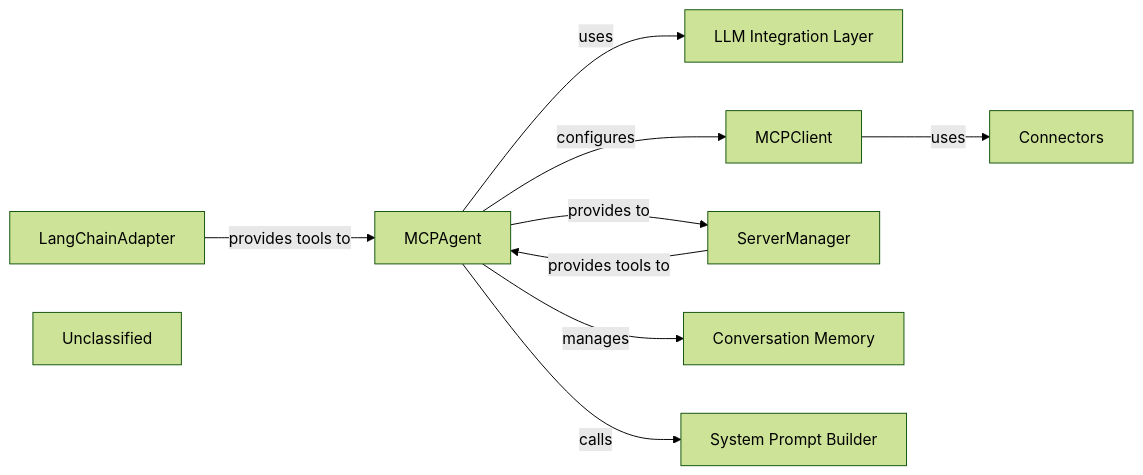
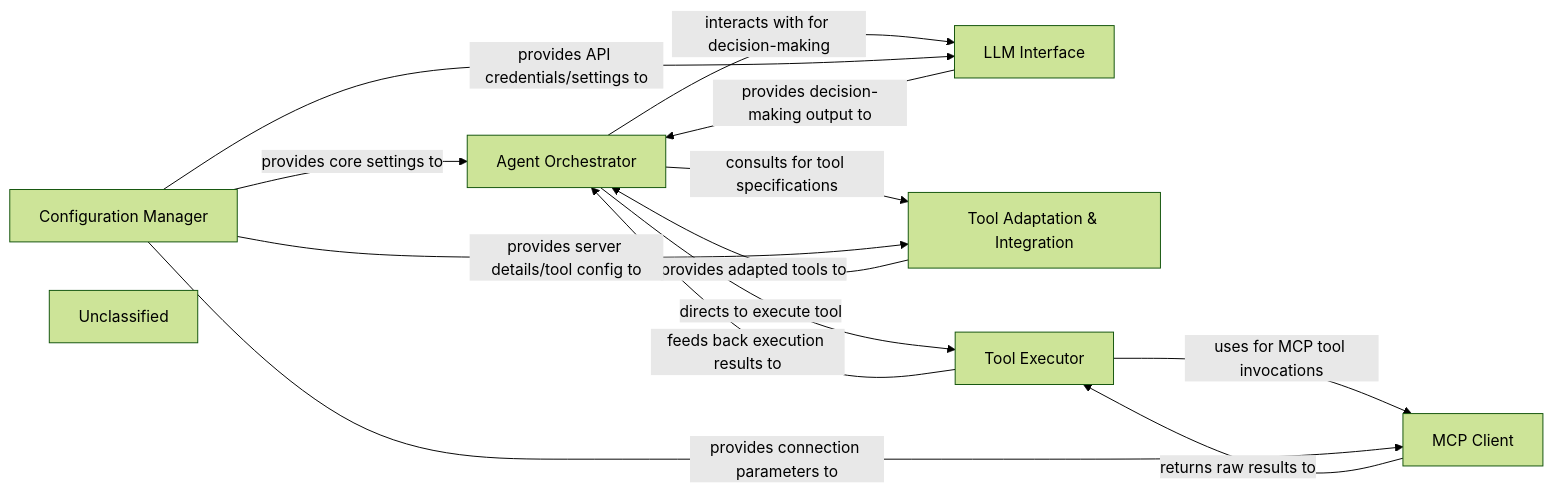
The first of 2 diagrams in docs/development/architecture.mdx (mcp-use/mcp-use), drawn with Mermaid (forest theme) before and after one commit. The commit also changed other lines of this file and 19 other files, not shown here.

First line of the commit message:
docs: update codeboarding documentation and generate architecture

````diff
--- a/docs/development/architecture.mdx
+++ b/docs/development/architecture.mdx
@@ -235,20 +4,23 @@
 ```mermaid
 graph LR
-    MCPAgent["MCPAgent"]
-    LLM_Integration_Layer["LLM Integration Layer"]
-    MCPClient["MCPClient"]
-    Connectors["Connectors"]
-    LangChainAdapter["LangChainAdapter"]
-    ServerManager["ServerManager"]
-    Conversation_Memory["Conversation Memory"]
-    System_Prompt_Builder["System Prompt Builder"]
+    Agent_Orchestrator["Agent Orchestrator"]
+    LLM_Interface["LLM Interface"]
+    Tool_Adaptation_Integration["Tool Adaptation & Integration"]
+    Tool_Executor["Tool Executor"]
+    MCP_Client["MCP Client"]
+    Configuration_Manager["Configuration Manager"]
     Unclassified["Unclassified"]
-    MCPAgent -- "uses" --> LLM_Integration_Layer
-    MCPAgent -- "configures" --> MCPClient
-    MCPAgent -- "provides to" --> ServerManager
-    MCPAgent -- "calls" --> System_Prompt_Builder
-    MCPAgent -- "manages" --> Conversation_Memory
-    MCPClient -- "uses" --> Connectors
-    LangChainAdapter -- "provides tools to" --> MCPAgent
-    ServerManager -- "provides tools to" --> MCPAgent
+    Agent_Orchestrator -- "interacts with for decision-making" --> LLM_Interface
+    LLM_Interface -- "provides decision-making output to" --> Agent_Orchestrator
+    Agent_Orchestrator -- "consults for tool specifications" --> Tool_Adaptation_Integration
+    Tool_Adaptation_Integration -- "provides adapted tools to" --> Agent_Orchestrator
+    Agent_Orchestrator -- "directs to execute tool" --> Tool_Executor
+    Tool_Executor -- "uses for MCP tool invocations" --> MCP_Client
+    Tool_Executor -- "feeds back execution results to" --> Agent_Orchestrator
+    Configuration_Manager -- "provides core settings to" --> Agent_Orchestrator
+    Configuration_Manager -- "provides API credentials/settings to" --> LLM_Interface
+    Configuration_Manager -- "provides server details/tool config to" --> Tool_Adaptation_Integration
+    Configuration_Manager -- "provides connection parameters to" --> MCP_Client
+    MCP_Client -- "returns raw results to" --> Tool_Executor
+    click Tool_Adaptation_Integration href "/codeboarding/Tool_Adaptation_Integration.md" "Details"
 ```
````
